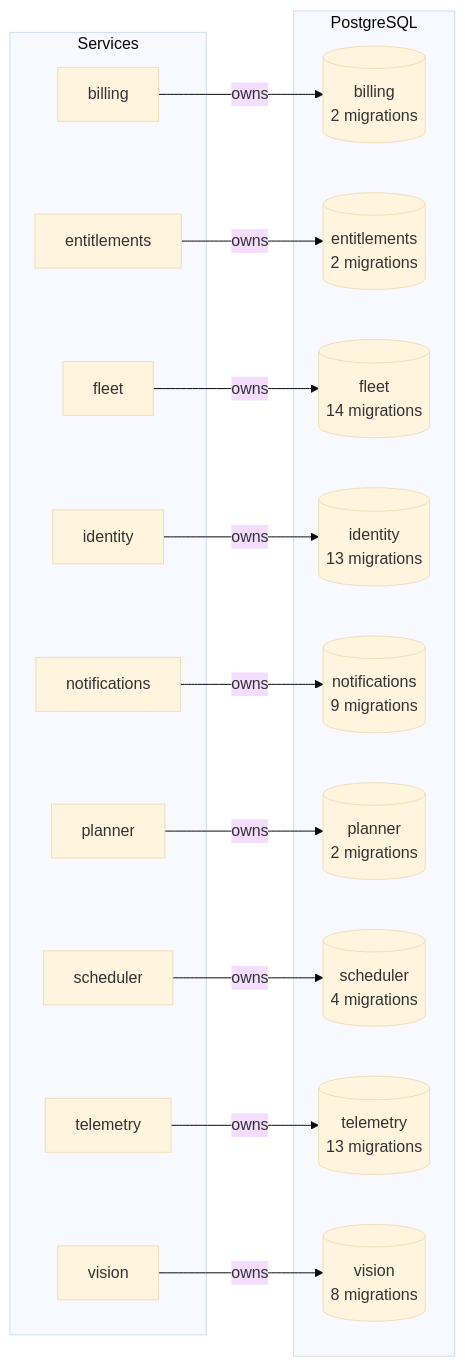
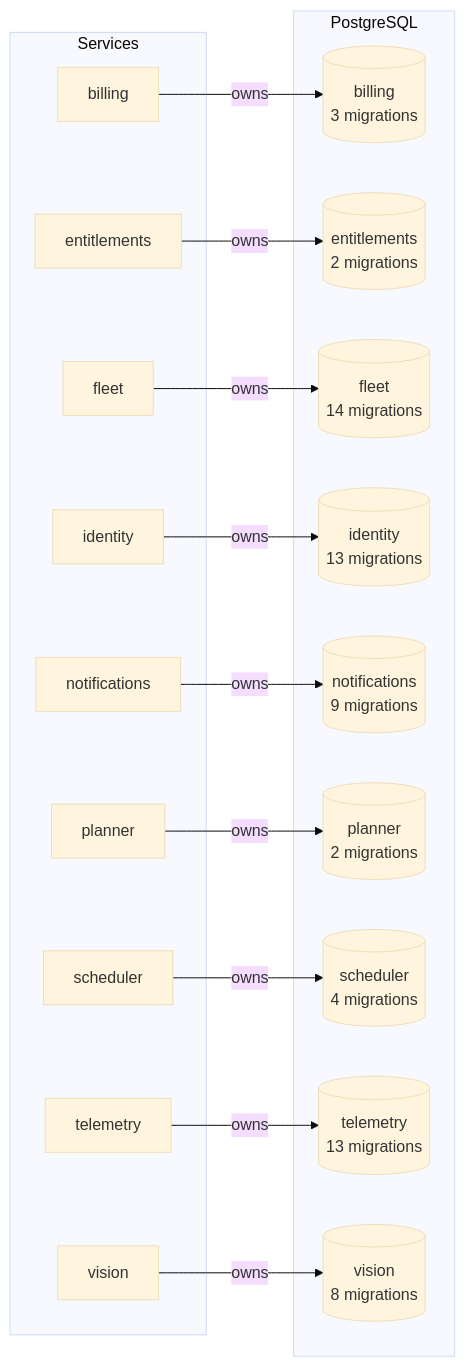
Before and after one commit to lukislp/mowdeck: diagram 15 of 15 in docs/architecture/generated.md, drawn with Mermaid (base theme). The commit also changed other lines of this file and 41 other files, not shown here.

````diff
--- a/docs/architecture/generated.md
+++ b/docs/architecture/generated.md
@@ -575,34 +575,34 @@
 ```mermaid
 flowchart LR
   subgraph apps[Services]
     billing["billing"]
     entitlements["entitlements"]
     fleet["fleet"]
     identity["identity"]
     notifications["notifications"]
     planner["planner"]
     scheduler["scheduler"]
     telemetry["telemetry"]
     vision["vision"]
   end
   subgraph pg[PostgreSQL]
-    db_billing[("billing<br/>2 migrations")]
+    db_billing[("billing<br/>3 migrations")]
     db_entitlements[("entitlements<br/>2 migrations")]
     db_fleet[("fleet<br/>14 migrations")]
     db_identity[("identity<br/>13 migrations")]
     db_notifications[("notifications<br/>9 migrations")]
     db_planner[("planner<br/>2 migrations")]
     db_scheduler[("scheduler<br/>4 migrations")]
     db_telemetry[("telemetry<br/>13 migrations")]
     db_vision[("vision<br/>8 migrations")]
   end
   billing -->|owns| db_billing
   entitlements -->|owns| db_entitlements
   fleet -->|owns| db_fleet
   identity -->|owns| db_identity
   notifications -->|owns| db_notifications
   planner -->|owns| db_planner
   scheduler -->|owns| db_scheduler
   telemetry -->|owns| db_telemetry
   vision -->|owns| db_vision
 ```
````
